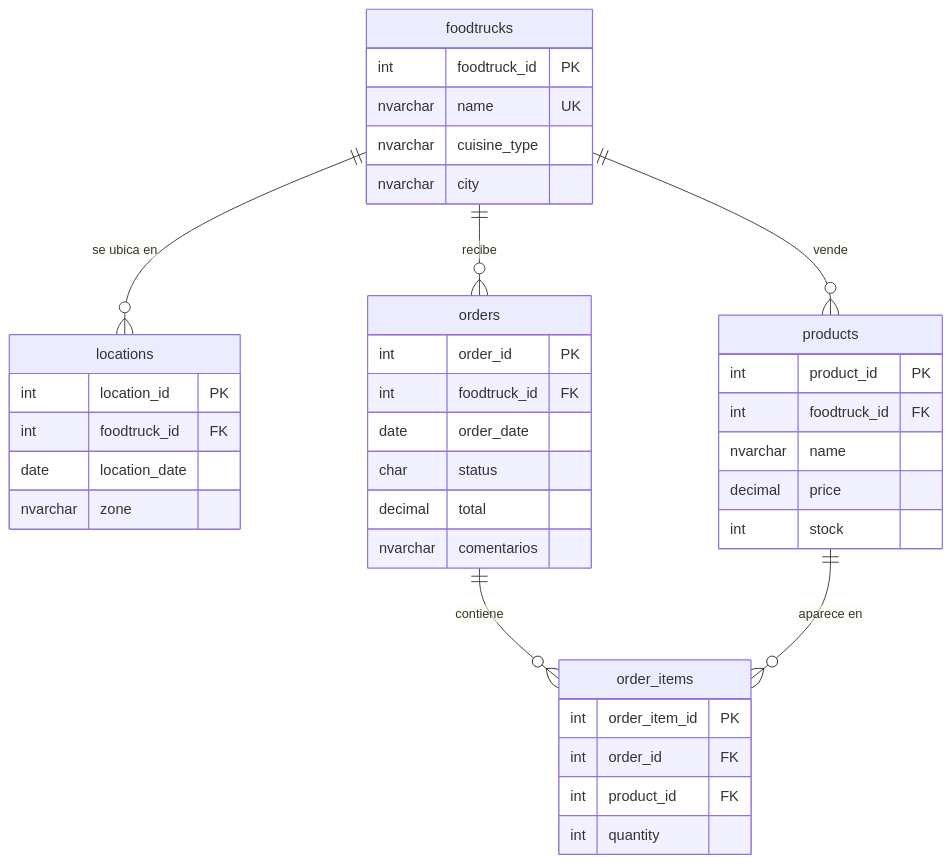
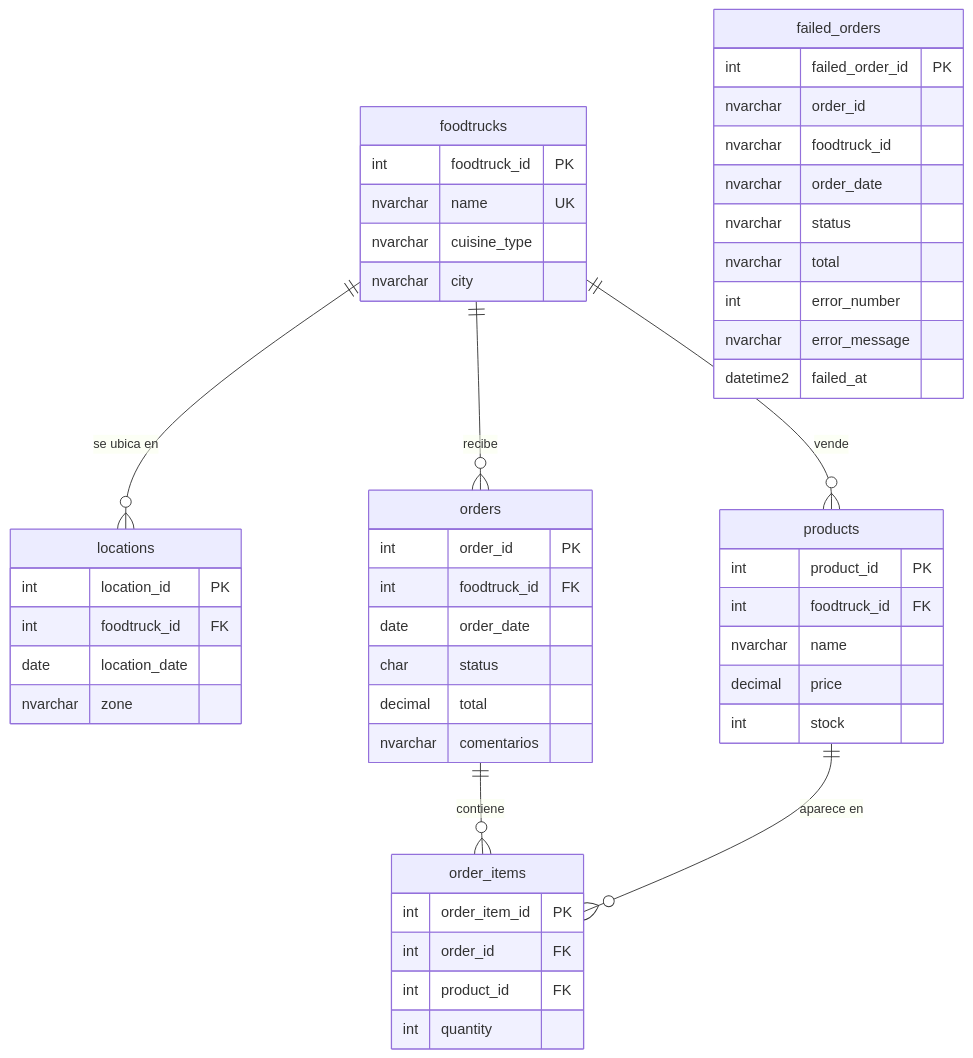
One commit to babottomas561-cell/foodtrack-db changed the diagram in README.md. Above: the diagram before and after it, drawn with Mermaid. The commit also changed other lines of this file, not shown here.

Commit message:
Actualiza el README con la carga de datos y failed_orders

````diff
--- a/README.md
+++ b/README.md
@@ -19,42 +19,53 @@
 ```mermaid
 erDiagram
     foodtrucks ||--o{ locations   : "se ubica en"
     foodtrucks ||--o{ products    : "vende"
     foodtrucks ||--o{ orders      : "recibe"
     orders     ||--o{ order_items : "contiene"
     products   ||--o{ order_items : "aparece en"
 
     foodtrucks {
         int foodtruck_id PK
         nvarchar name UK
         nvarchar cuisine_type
         nvarchar city
     }
     locations {
         int location_id PK
         int foodtruck_id FK
         date location_date
         nvarchar zone
     }
     products {
         int product_id PK
         int foodtruck_id FK
         nvarchar name
         decimal price
         int stock
     }
     orders {
         int order_id PK
         int foodtruck_id FK
         date order_date
         char status
         decimal total
         nvarchar comentarios
     }
     order_items {
         int order_item_id PK
         int order_id FK
         int product_id FK
         int quantity
     }
+    failed_orders {
+        int failed_order_id PK
+        nvarchar order_id
+        nvarchar foodtruck_id
+        nvarchar order_date
+        nvarchar status
+        nvarchar total
+        int error_number
+        nvarchar error_message
+        datetime2 failed_at
+    }
 ```
````
